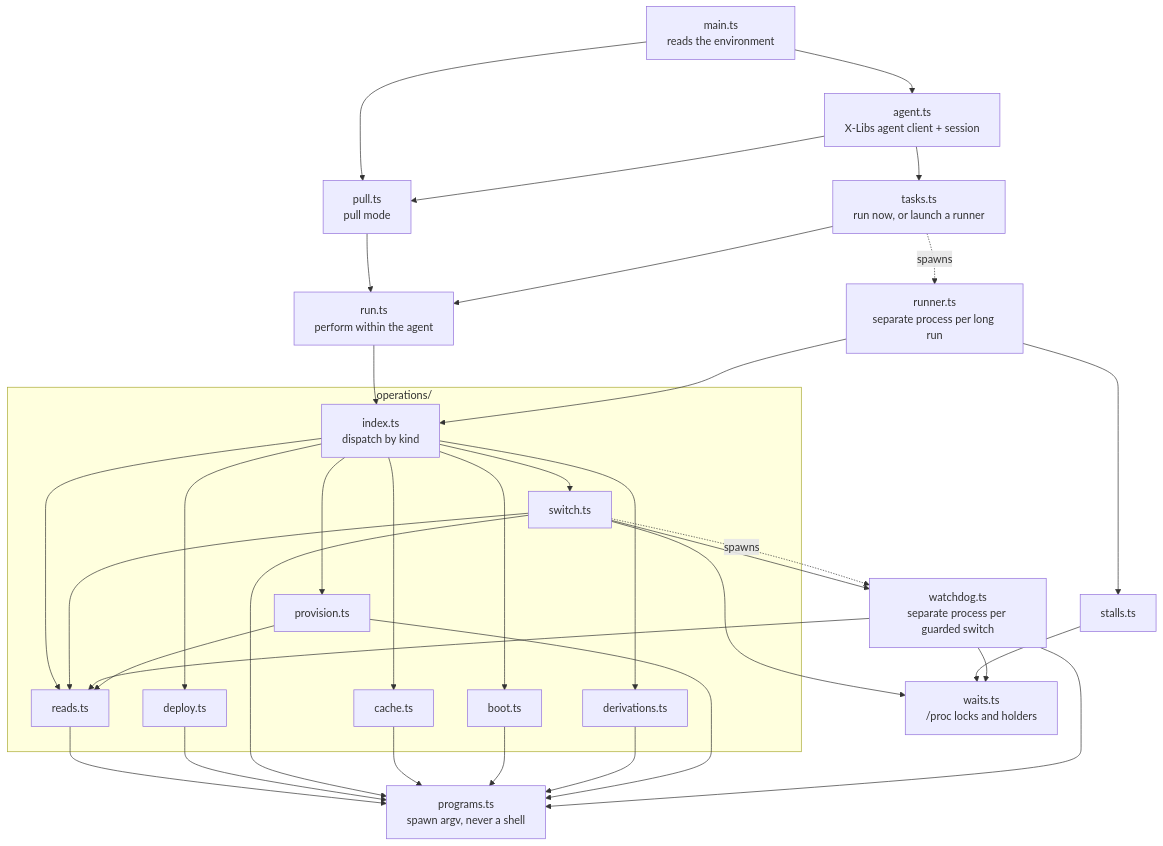
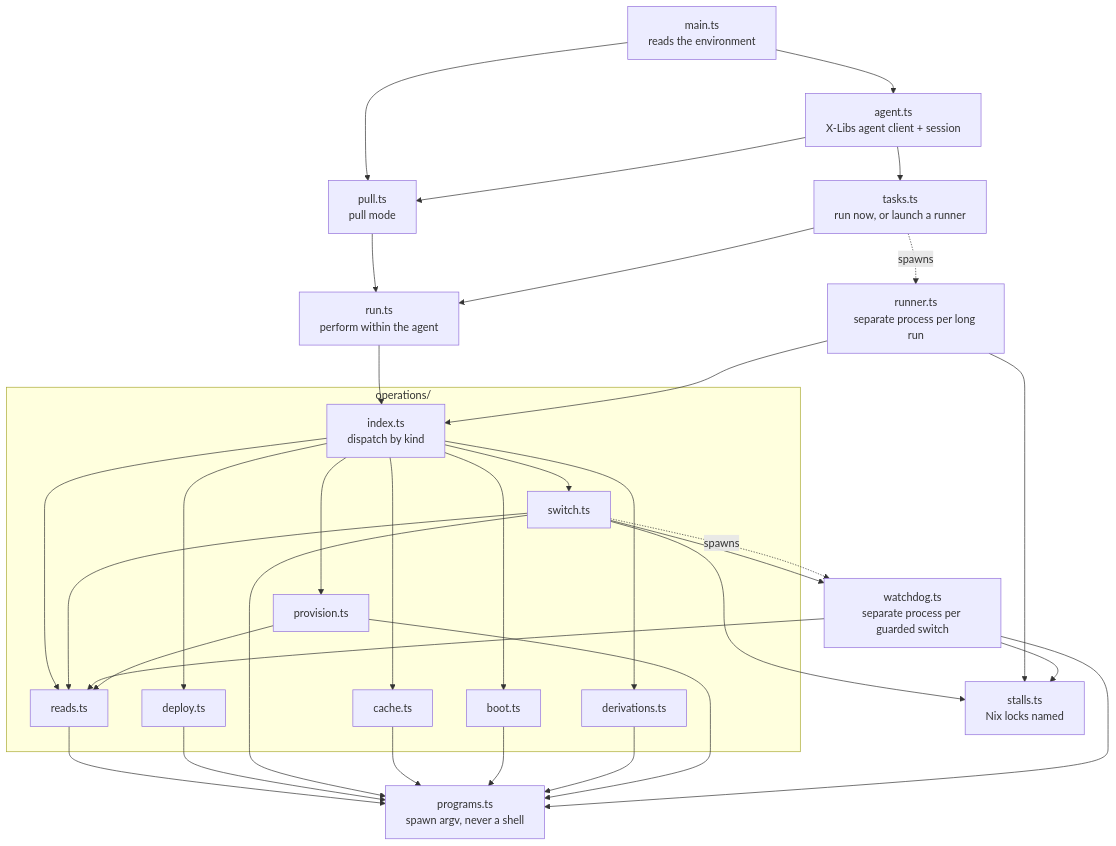
The third of 4 diagrams in docs/developer/modules.md (x-tech-laboratories/X-Nix), drawn with Mermaid before and after one commit. The commit also changed other lines of this file and 1 other file, not shown here.

````diff
--- a/docs/developer/modules.md
+++ b/docs/developer/modules.md
@@ -167,39 +164,37 @@
 ```mermaid
 flowchart TB
     main[main.ts<br/>reads the environment]
     agent[agent.ts<br/>X-Libs agent client + session]
     pull[pull.ts<br/>pull mode]
     tasks[tasks.ts<br/>run now, or launch a runner]
     run[run.ts<br/>perform within the agent]
     runner[runner.ts<br/>separate process per long run]
-    stalls[stalls.ts]
-    waits[waits.ts<br/>/proc locks and holders]
+    stalls[stalls.ts<br/>Nix locks named]
     programs[programs.ts<br/>spawn argv, never a shell]
     watchdog[watchdog.ts<br/>separate process per guarded switch]
 
     subgraph ops[operations/]
         index[index.ts<br/>dispatch by kind]
         reads[reads.ts]
         deploy[deploy.ts]
         switch[switch.ts]
         cache[cache.ts]
         boot[boot.ts]
         derivations[derivations.ts]
         provision[provision.ts]
     end
 
     main --> agent & pull
     agent --> tasks & pull
     pull --> run
     tasks --> run
     tasks -. "spawns" .-> runner
     run --> index
     runner --> index & stalls
-    stalls --> waits
     index --> reads & deploy & switch & cache & boot & derivations & provision
-    switch --> watchdog & waits & reads
+    switch --> watchdog & stalls & reads
     switch -. "spawns" .-> watchdog
-    watchdog --> reads & waits
+    watchdog --> reads & stalls
     provision --> reads
     reads & deploy & switch & cache & boot & derivations & provision & watchdog --> programs
 ```
````
